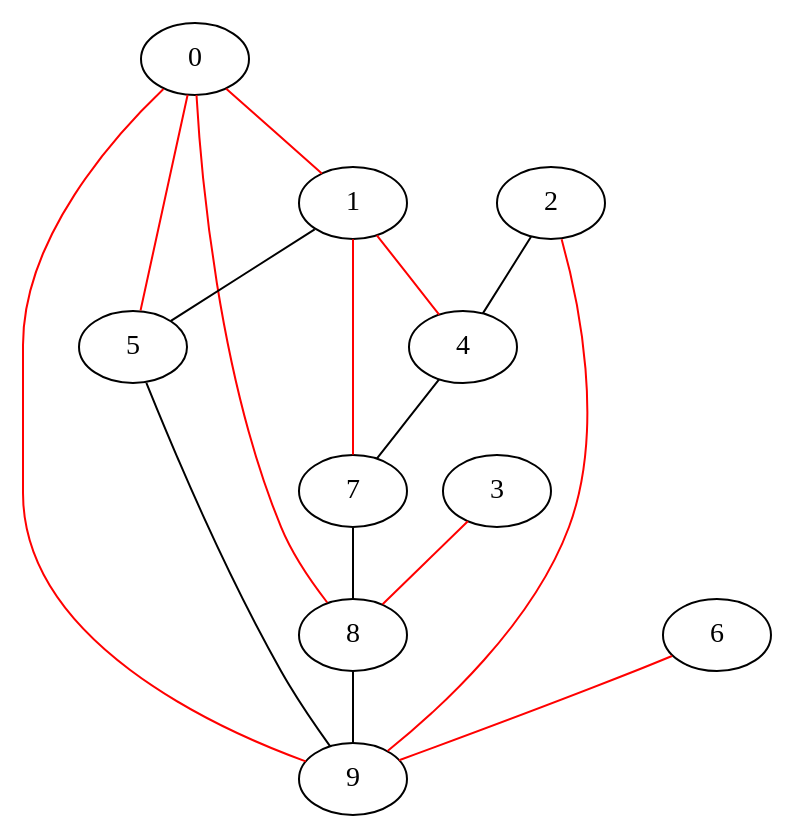
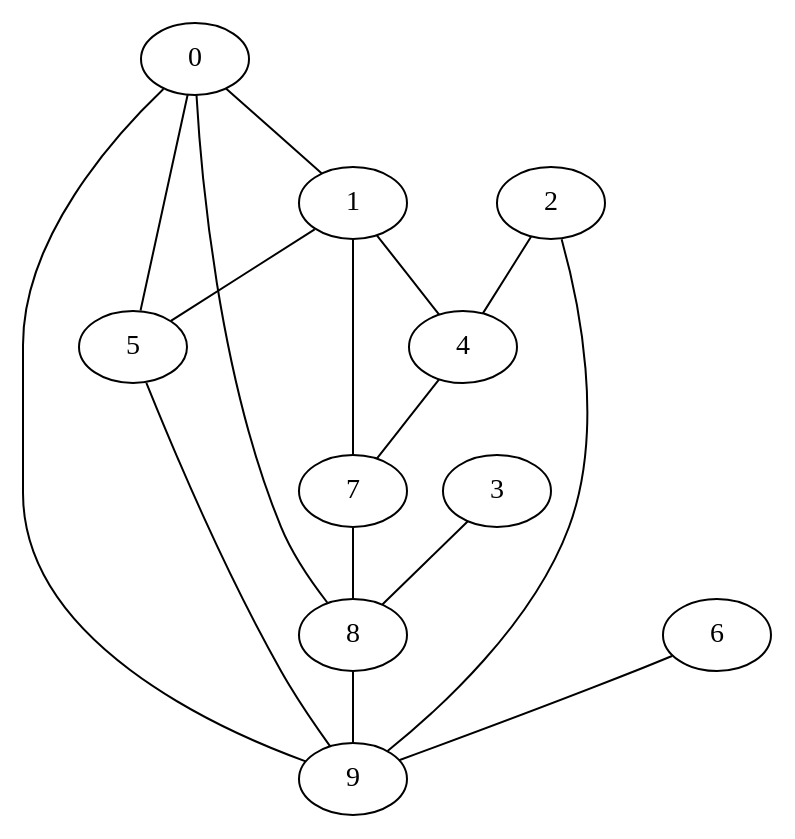
One commit to amitkvikram/CS2100 changed the diagram in week4/one.dot. Above: the diagram before and after it, drawn with Graphviz. The commit also changed 9 other files, not shown here.

```diff
--- a/week4/one.dot
+++ b/week4/one.dot
@@ -1,18 +1,18 @@
 graph one{
-	0 -- 1[color=red];
-	0 -- 5[color=red];
-	0 -- 8[color=red];
-	0 -- 9[color=red];
-	1 -- 4[color=red];
+	0 -- 1;
+	0 -- 5;
+	0 -- 8;
+	0 -- 9;
+	1 -- 4;
 	1 -- 5;
-	1 -- 7[color=red];
+	1 -- 7;
 	2 -- 4;
-	2 -- 9[color=red];
-	3 -- 8[color=red];
+	2 -- 9;
+	3 -- 8;
 	4 -- 7;
 	5 -- 9;
-	6 -- 9[color=red];
+	6 -- 9;
 	7 -- 8;
 	8 -- 9;
 	9
 }
```
